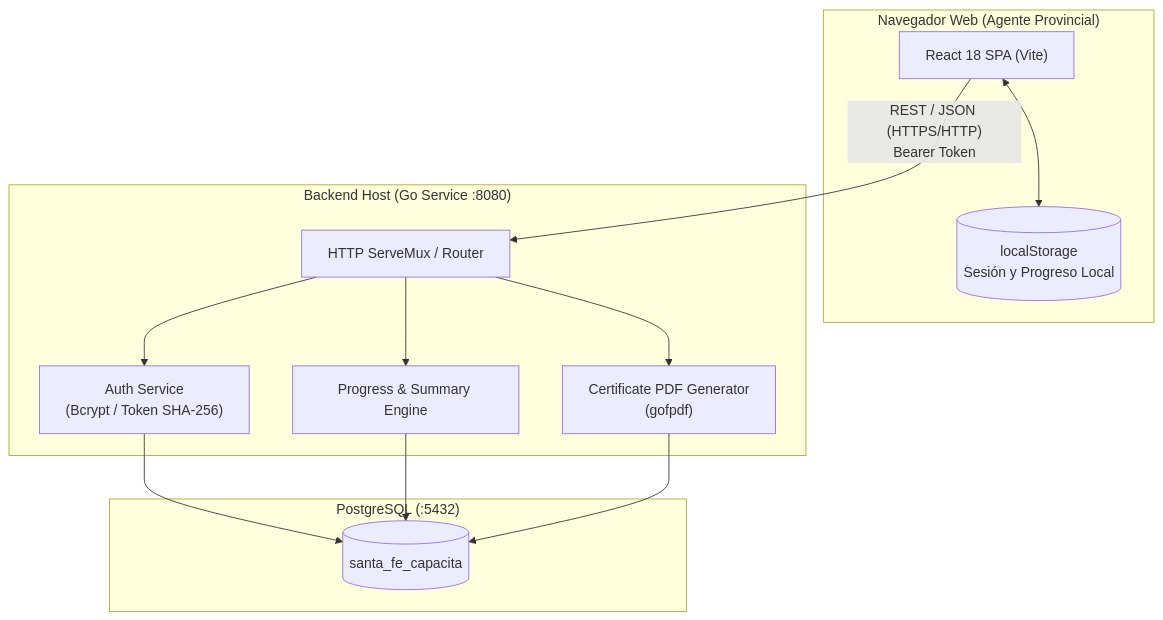
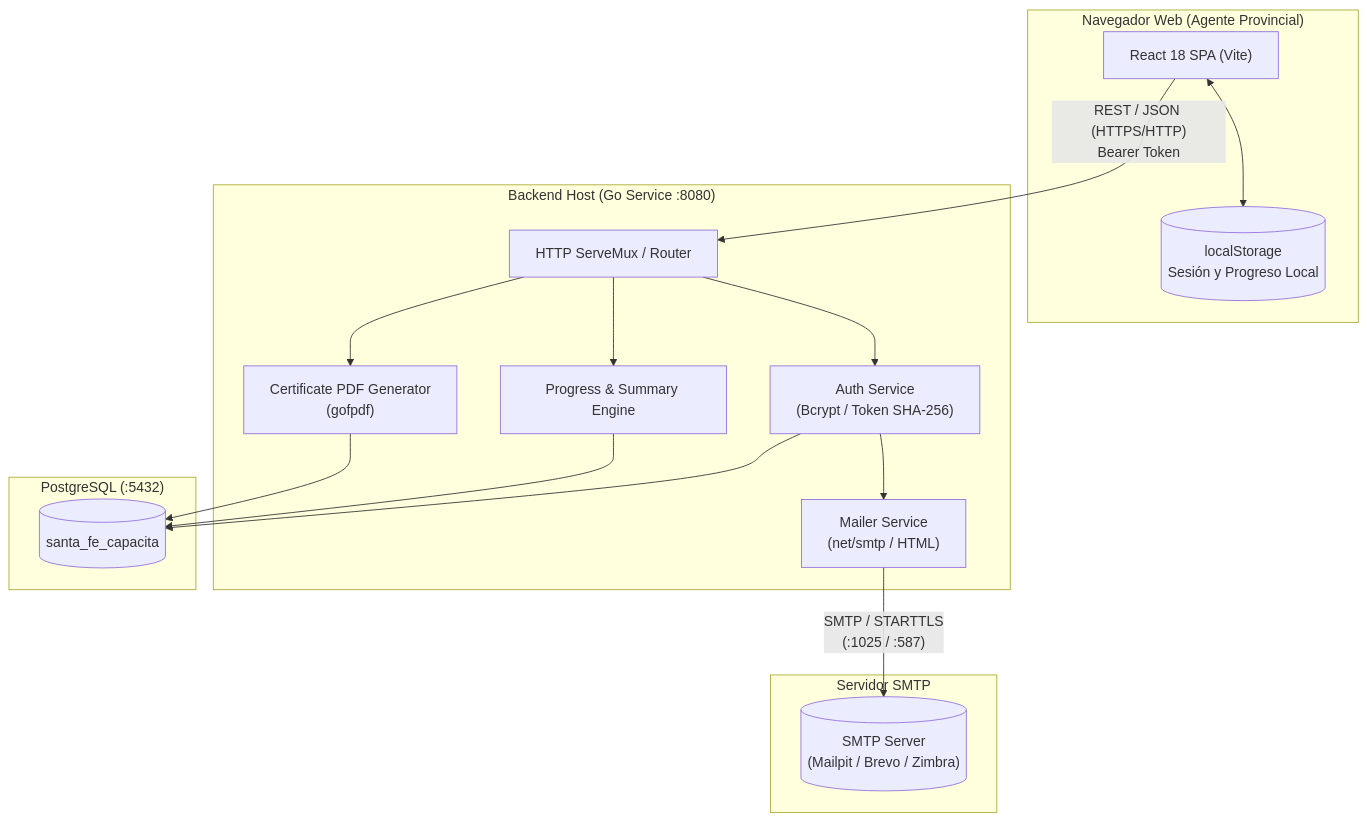
The diagram in specs/system/01-architecture-overview.md (Proyecto-Final-ciberSeguridad/ciberseguridad_avance3_frontend_v2), drawn with Mermaid before and after one commit. The commit also changed other lines of this file and 14 other files, not shown here.

First line of the commit message:
feat(auth): flujo de recuperación de contraseña, servicio SMTP transaccional y correcciones de UI/CORS (#2)

````diff
--- a/specs/system/01-architecture-overview.md
+++ b/specs/system/01-architecture-overview.md
@@ -10,28 +10,35 @@
 ```mermaid
 flowchart TD
     subgraph Cliente["Navegador Web (Agente Provincial)"]
         UI["React 18 SPA (Vite)"]
         LS[("localStorage\nSesión y Progreso Local")]
         UI <--> LS
     end
 
     subgraph Servidor["Backend Host (Go Service :8080)"]
         Router["HTTP ServeMux / Router"]
         AuthSvc["Auth Service\n(Bcrypt / Token SHA-256)"]
         ProgSvc["Progress & Summary Engine"]
         CertSvc["Certificate PDF Generator\n(gofpdf)"]
+        MailSvc["Mailer Service\n(net/smtp / HTML)"]
         
         Router --> AuthSvc
         Router --> ProgSvc
         Router --> CertSvc
+        AuthSvc --> MailSvc
     end
 
     subgraph Persistencia["PostgreSQL (:5432)"]
         DB[(santa_fe_capacita)]
     end
 
+    subgraph Correo["Servidor SMTP"]
+        SMTP[("SMTP Server\n(Mailpit / Brevo / Zimbra)")]
+    end
+
     UI -- "REST / JSON (HTTPS/HTTP)\nBearer Token" --> Router
     AuthSvc --> DB
     ProgSvc --> DB
     CertSvc --> DB
+    MailSvc -- "SMTP / STARTTLS\n(:1025 / :587)" --> SMTP
 ```
````
